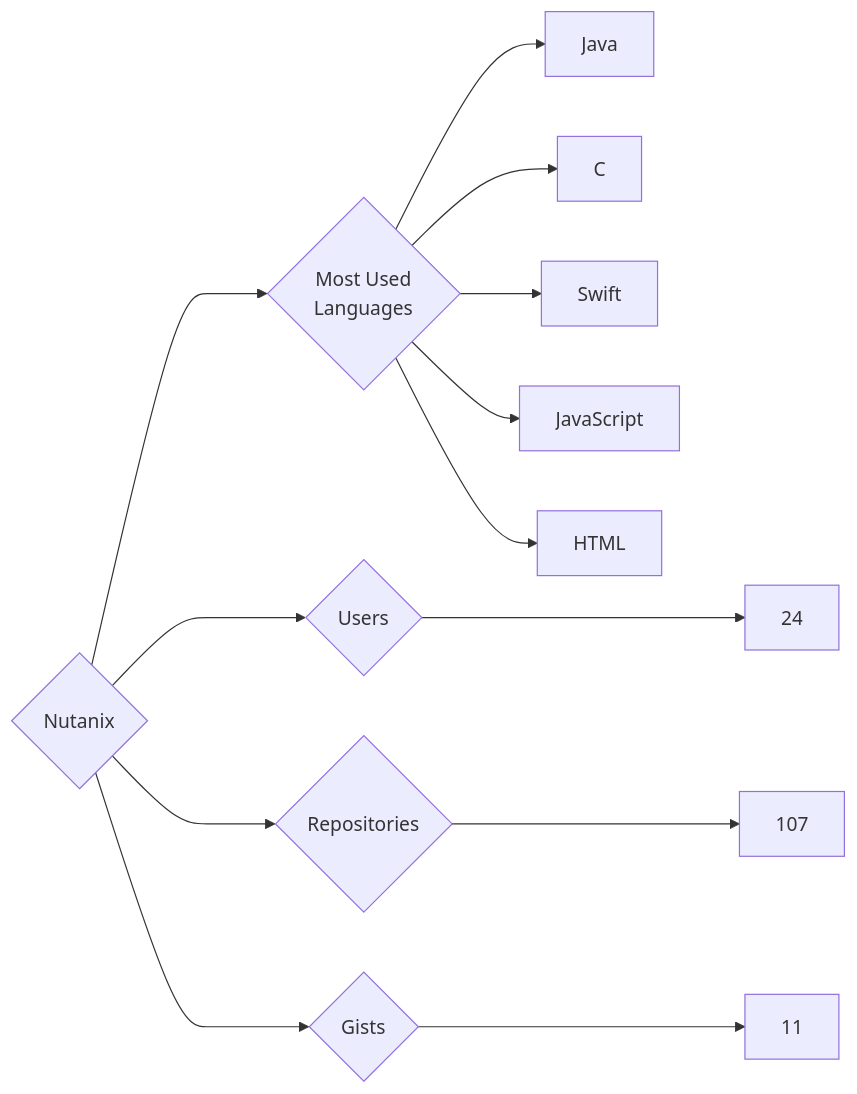
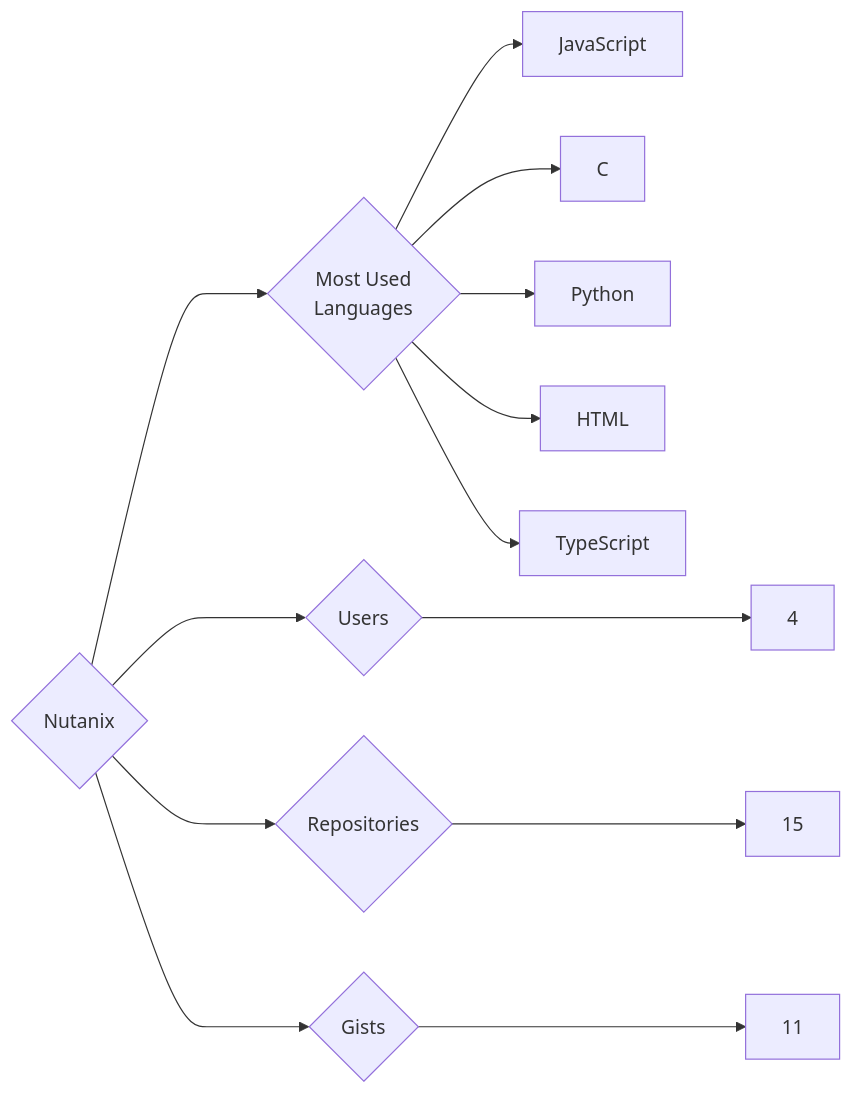
The diagram in targets/Nutanix/README.md (trickest/insiders), drawn with Mermaid before and after one commit. The commit also changed 928 other files, not shown here.

````diff
--- a/targets/Nutanix/README.md
+++ b/targets/Nutanix/README.md
@@ -3,13 +3,13 @@
 ```mermaid
 graph LR
 COMPANY_NAME{Nutanix}
-COMPANY_NAME ---> U{Users} ---> UN[24]
-COMPANY_NAME ---> R{Repositories} ---> RN[107]
+COMPANY_NAME ---> U{Users} ---> UN[4]
+COMPANY_NAME ---> R{Repositories} ---> RN[15]
 COMPANY_NAME ---> G{Gists} ---> GN[11]
 COMPANY_NAME ---> ML{Most Used<br>Languages}
-ML --> Java[Java]
+ML --> JavaScript[JavaScript]
 ML --> C[C]
-ML --> Swift[Swift]
-ML --> JavaScript[JavaScript]
+ML --> Python[Python]
 ML --> HTML[HTML]
+ML --> TypeScript[TypeScript]
 ```
````
